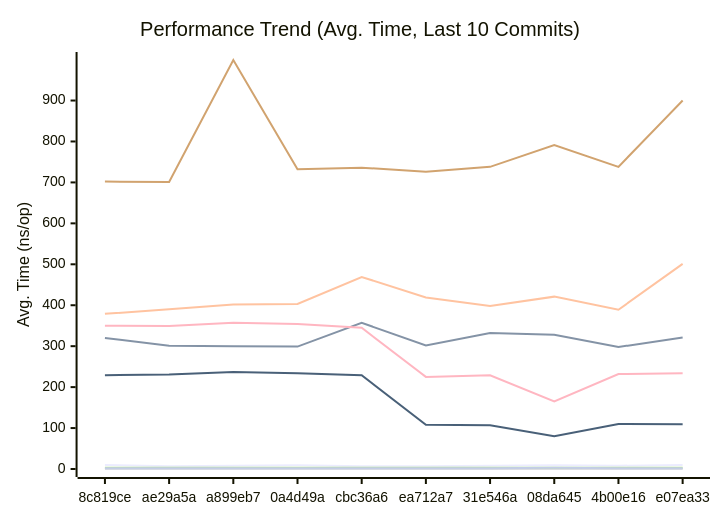
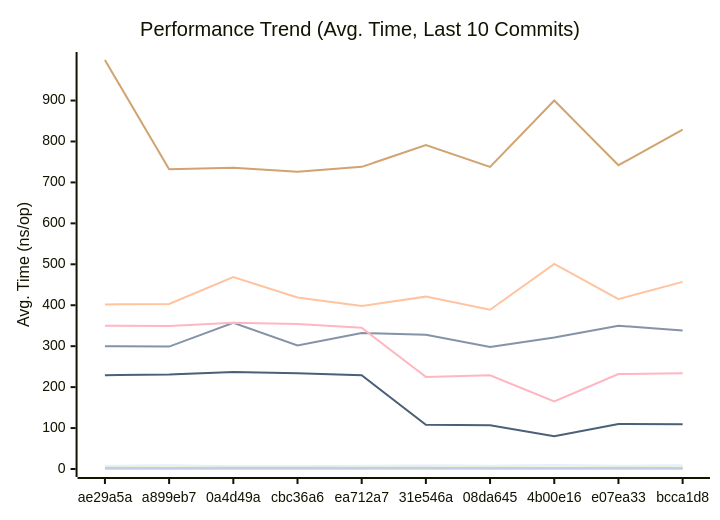
Before and after one commit to alsotoes/momo: the first of 3 diagrams in docs/PERFORMANCE.md, drawn with Mermaid. The commit also changed other lines of this file and 1 other file, not shown here.

````diff
--- a/docs/PERFORMANCE.md
+++ b/docs/PERFORMANCE.md
@@ -80,16 +80,16 @@
 ```mermaid
 xychart-beta
     title "Performance Trend (Avg. Time, Last 10 Commits)"
     x-axis "Commit"
     y-axis "Avg. Time (ns/op)"
-    x-axis [8c819ce,ae29a5a,a899eb7,0a4d49a,cbc36a6,ea712a7,31e546a,08da645,4b00e16,e07ea33]
-    line "CheckMetricsAndSwap" [10,7,8,9,7,7,8,9,8,10]
-    line "CrushOptimized" [320,301,300,299,357,302,332,328,298,321]
-    line "CrushOriginal" [379,390,402,403,469,419,398,421,389,501]
+    x-axis [ae29a5a,a899eb7,0a4d49a,cbc36a6,ea712a7,31e546a,08da645,4b00e16,e07ea33,bcca1d8]
+    line "CheckMetricsAndSwap" [8,9,7,7,8,9,8,10,8,9]
+    line "CrushOptimized" [300,299,357,302,332,328,298,321,350,338]
+    line "CrushOriginal" [402,403,469,419,398,421,389,501,415,457]
     line "IndexDirectTracking" [0,0,0,0,0,0,0,0,0,0]
     line "IndexSearch" [3,3,3,3,3,3,3,3,3,3]
-    line "LoadGlobalConfig" [702,701,999,732,736,726,738,791,738,900]
-    line "PadString" [2,2,2,2,2,2,2,3,2,2]
+    line "LoadGlobalConfig" [999,732,736,726,738,791,738,900,742,829]
+    line "PadString" [2,2,2,2,2,3,2,2,2,2]
     line "ParseReplicationOrder_NoPrealloc" [350,349,357,354,345,225,229,165,232,234]
     line "ParseReplicationOrder_Prealloc" [229,231,237,234,229,108,107,80,110,109]
 ```
````
